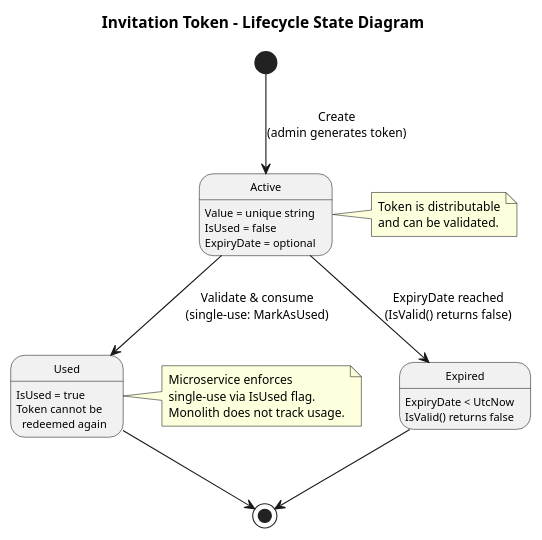
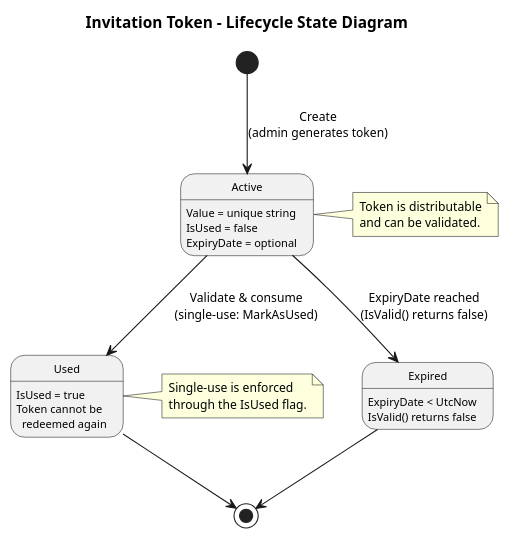
Before and after one commit to QuinntyneBrown/Coop: the diagram in docs/detailed-designs/09-invitation-and-onboarding/state-token-lifecycle.puml, drawn with PlantUML. The commit also changed 5 other files, not shown here.

Commit message:
Update class diagrams and state diagrams for messaging, assets, onboarding, and theme

```diff
--- a/docs/detailed-designs/09-invitation-and-onboarding/state-token-lifecycle.puml
+++ b/docs/detailed-designs/09-invitation-and-onboarding/state-token-lifecycle.puml
@@ -1,39 +1,38 @@
 @startuml state-token-lifecycle
 
 skinparam defaultFontSize 11
 skinparam shadowing false
 skinparam stateAttributeFontSize 10
 
 title Invitation Token - Lifecycle State Diagram
 
 [*] --> Active : Create\n(admin generates token)
 
 Active : Value = unique string
 Active : IsUsed = false
 Active : ExpiryDate = optional
 
 Active --> Used : Validate & consume\n(single-use: MarkAsUsed)
 
 Active --> Expired : ExpiryDate reached\n(IsValid() returns false)
 
 Used : IsUsed = true
 Used : Token cannot be\n  redeemed again
 
 Expired : ExpiryDate < UtcNow
 Expired : IsValid() returns false
 
 Used --> [*]
 Expired --> [*]
 
 note right of Active
   Token is distributable
   and can be validated.
 end note
 
 note right of Used
-  Microservice enforces
-  single-use via IsUsed flag.
-  Monolith does not track usage.
+  Single-use is enforced
+  through the IsUsed flag.
 end note
 
 @enduml
```
